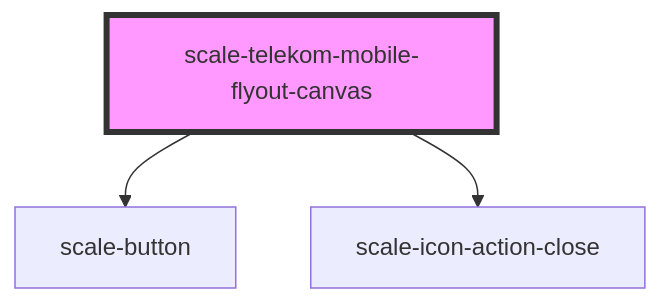
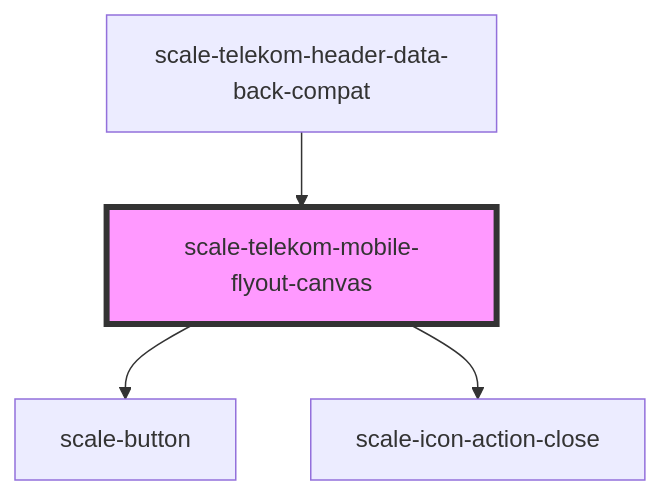
One commit to telekom/scale changed the diagram in packages/components/src/components/telekom/telekom-mobile-flyout-canvas/readme.md. Above: the diagram before and after it, drawn with Mermaid. The commit also changed other lines of this file and 18 other files, not shown here.

Commit message:
feat(telekom-header): backward compatible data API

````diff
--- a/packages/components/src/components/telekom/telekom-mobile-flyout-canvas/readme.md
+++ b/packages/components/src/components/telekom/telekom-mobile-flyout-canvas/readme.md
@@ -46,6 +50,7 @@
 ```mermaid
 graph TD;
   scale-telekom-mobile-flyout-canvas --> scale-button
   scale-telekom-mobile-flyout-canvas --> scale-icon-action-close
+  scale-telekom-header-data-back-compat --> scale-telekom-mobile-flyout-canvas
   style scale-telekom-mobile-flyout-canvas fill:#f9f,stroke:#333,stroke-width:4px
 ```
````
